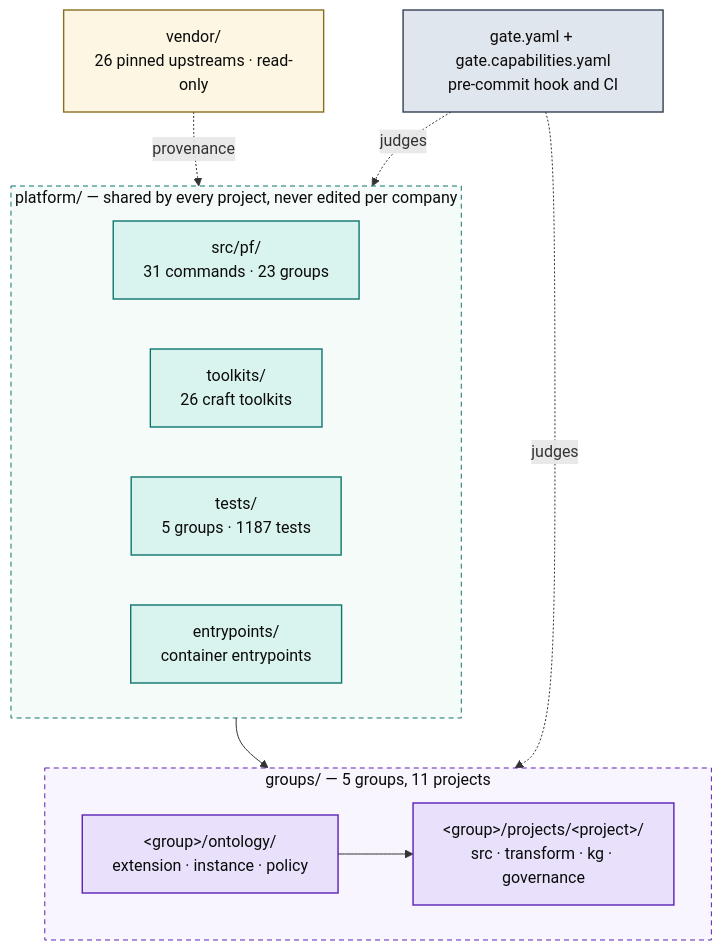
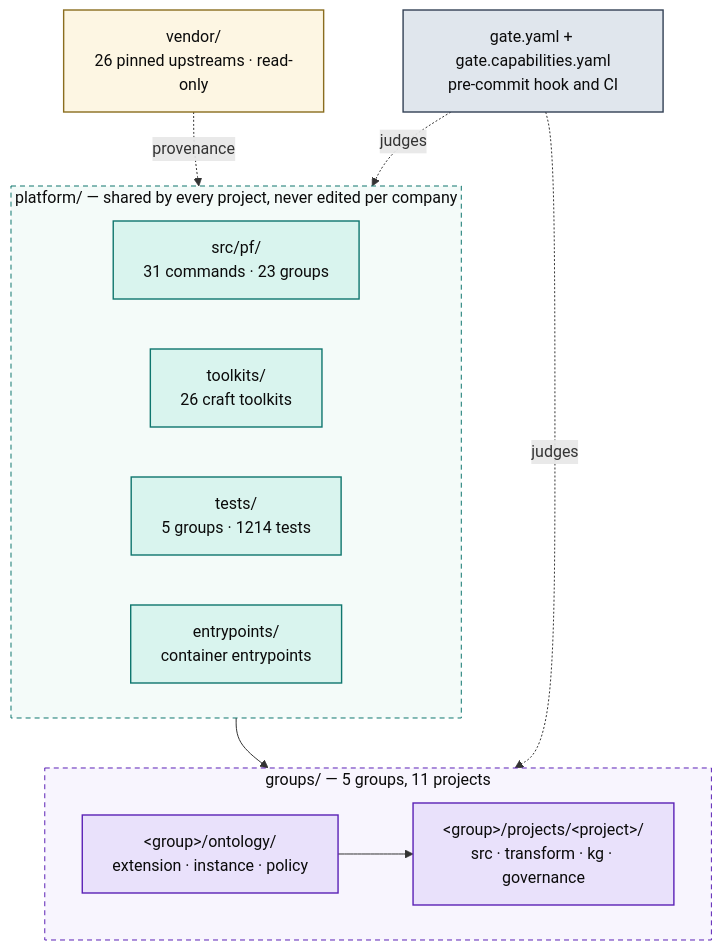
The first of 5 diagrams in docs/ARCHITECTURE.md (Atomz-org/data-platform), drawn with Mermaid before and after one commit. The commit also changed other lines of this file and 2 other files, not shown here.

Commit message:
docs: counts and the lessons from making the Ask page agnostic (5 of 13)
- docs/ARCHITECTURE.md, docs/onboarding.html regenerated (`pf arch build`,
  `pf guide build`): test counts.
- Memory note (wren-conversational-analytics): the page never talks to Wren
  directly; one process, many projects, each under its own prefix; a domain
  word in wren_api or the component is a bug, and the test that says so.

````diff
--- a/docs/ARCHITECTURE.md
+++ b/docs/ARCHITECTURE.md
@@ -15,36 +15,36 @@
 ```mermaid
 flowchart TB
   subgraph SHARED["platform/ — shared by every project, never edited per company"]
     direction LR
     ENG["src/pf/<br/>31 commands · 23 groups"]
     TK["toolkits/<br/>26 craft toolkits"]
-    TST["tests/<br/>5 groups · 1187 tests"]
+    TST["tests/<br/>5 groups · 1214 tests"]
     ENT["entrypoints/<br/>container entrypoints"]
   end
 
   subgraph ENTITIES["groups/ — 5 groups, 11 projects"]
     direction LR
     GRP["&lt;group&gt;/ontology/<br/>extension · instance · policy"]
     PRJ["&lt;group&gt;/projects/&lt;project&gt;/<br/>src · transform · kg · governance"]
     GRP --> PRJ
   end
 
   VEN["vendor/<br/>26 pinned upstreams · read-only"]
   GATE["gate.yaml + gate.capabilities.yaml<br/>pre-commit hook and CI"]
 
   SHARED --> ENTITIES
   VEN -.provenance.-> SHARED
   GATE -.judges.-> ENTITIES
   GATE -.judges.-> SHARED
 
   classDef code fill:#d9f4ee,stroke:#0f766e,stroke-width:1.4px,color:#0b0b0b
   classDef data fill:#e9e1fb,stroke:#5b21b6,stroke-width:1.4px,color:#0b0b0b
   classDef gov fill:#e0e6ed,stroke:#334155,stroke-width:1.4px,color:#0b0b0b
   classDef ext fill:#fdf6e3,stroke:#8a6d1f,stroke-width:1.4px,color:#0b0b0b
   class ENG,TK,TST,ENT code
   class GRP,PRJ data
   class GATE gov
   class VEN ext
   style SHARED fill:#f4fbf9,stroke:#0f766e,stroke-dasharray:5 4,color:#0b0b0b
   style ENTITIES fill:#f8f5fe,stroke:#5b21b6,stroke-dasharray:5 4,color:#0b0b0b
 ```
````
